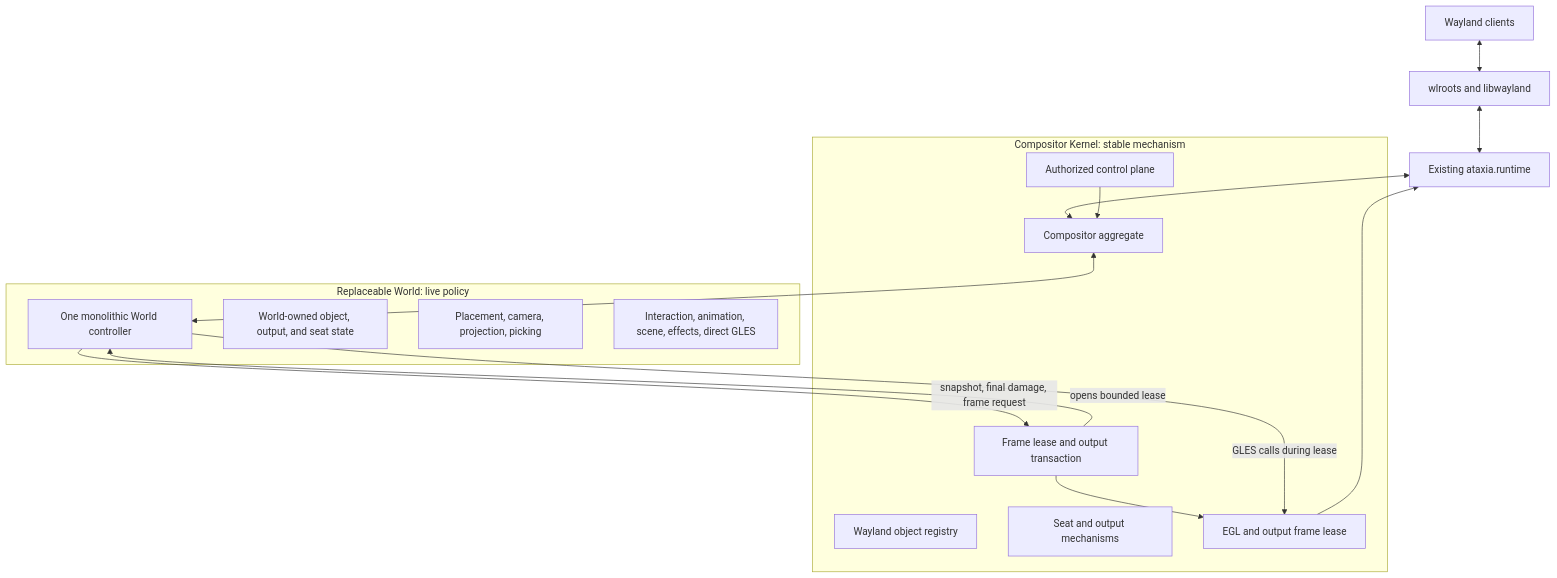
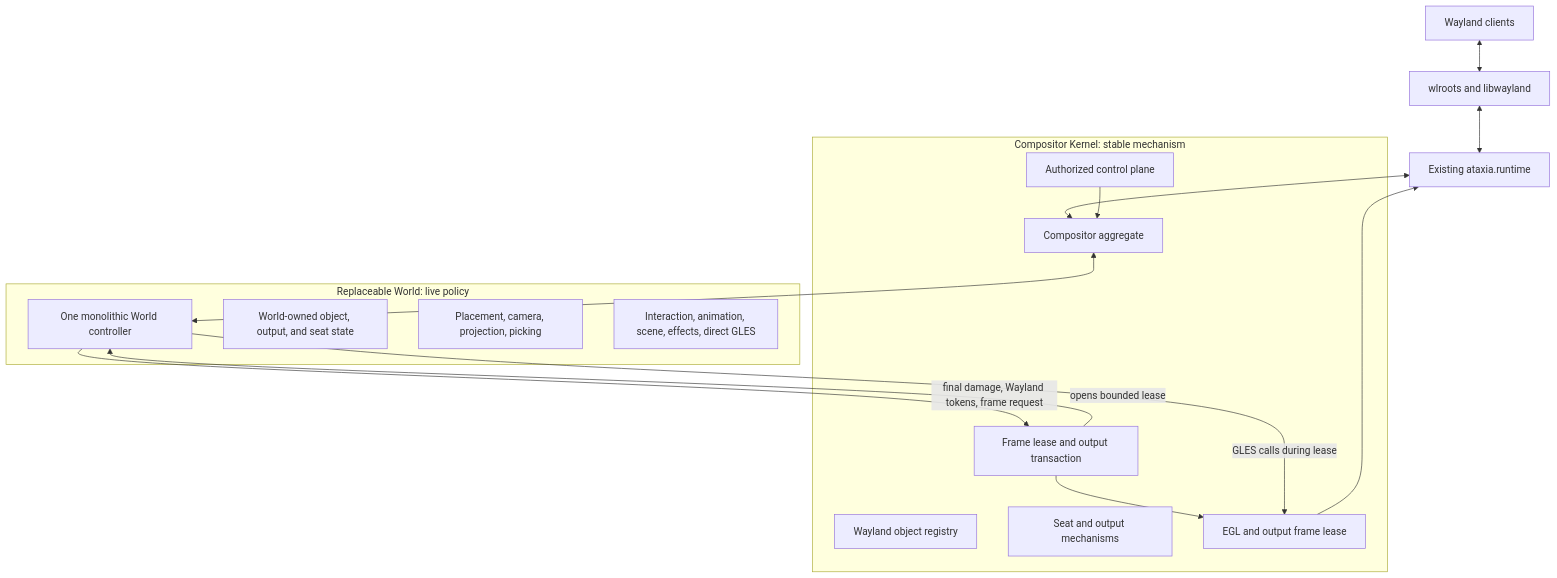
Before and after one commit to SeungheonOh/ataxia: the first of 4 diagrams in docs/POST-RUNTIME-REDESIGN-PLAN.md, drawn with Mermaid. The commit also changed other lines of this file, not shown here.

Commit message:
docs: move presentation entirely into world

````diff
--- a/docs/POST-RUNTIME-REDESIGN-PLAN.md
+++ b/docs/POST-RUNTIME-REDESIGN-PLAN.md
@@ -95,30 +96,30 @@
 ```mermaid
 flowchart TD
     CLIENT[Wayland clients] <--> WLR[wlroots and libwayland]
     WLR <--> RT[Existing ataxia.runtime]
 
     subgraph K[Compositor Kernel: stable mechanism]
       ROOT[Compositor aggregate]
       MODEL[Wayland object registry]
       IO[Seat and output mechanisms]
       FRAME[Frame lease and output transaction]
       LEASE[EGL and output frame lease]
       CONTROL[Authorized control plane]
     end
 
     subgraph W[Replaceable World: live policy]
       WORLD[One monolithic World controller]
       META[World-owned object, output, and seat state]
       SPACE[Placement, camera, projection, picking]
       POLICY[Interaction, animation, scene, effects, direct GLES]
     end
 
     RT <--> ROOT
     ROOT <--> WORLD
-    WORLD -->|snapshot, final damage, frame request| FRAME
+    WORLD -->|final damage, Wayland tokens, frame request| FRAME
     FRAME -->|opens bounded lease| WORLD
     FRAME --> LEASE
     WORLD -->|GLES calls during lease| LEASE
     LEASE --> RT
     CONTROL --> ROOT
 ```
````
